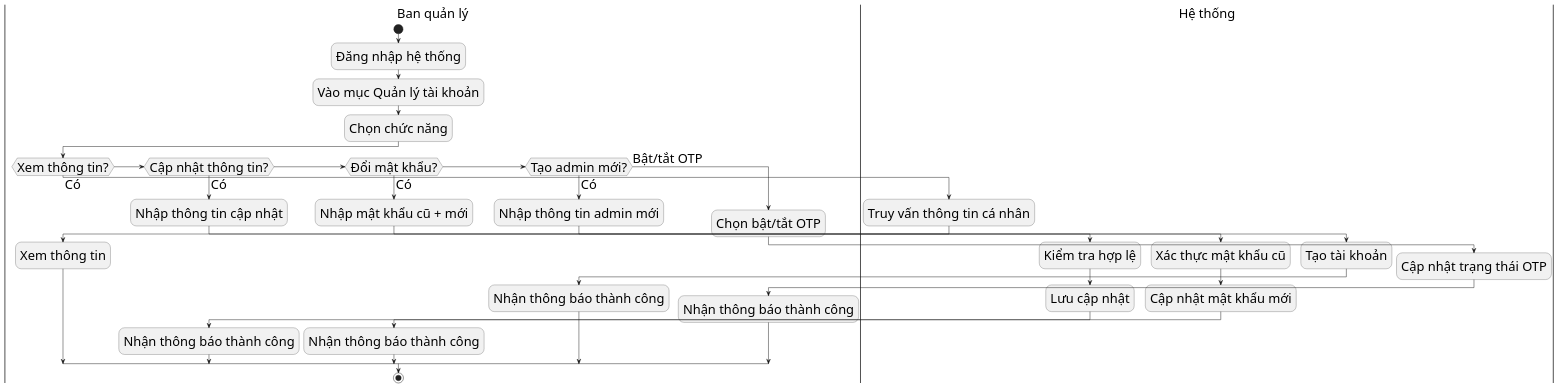
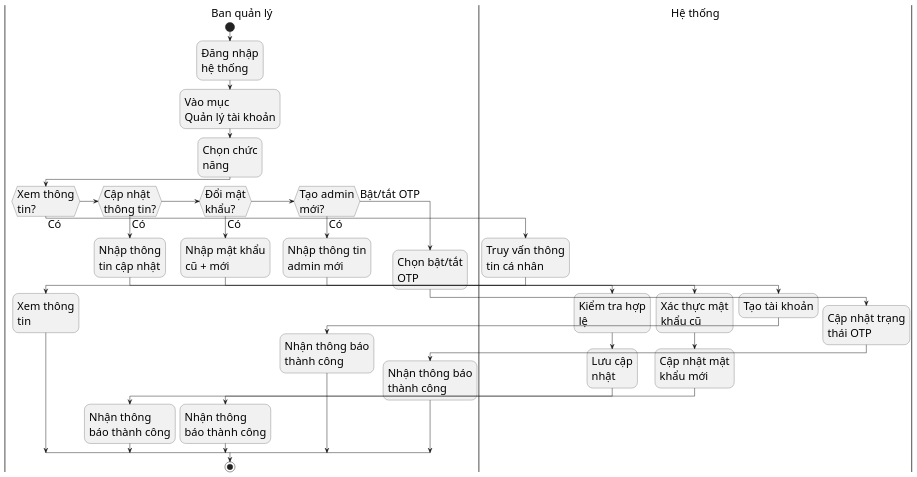
The diagram in diagrams/nhomtaikhoan/account_admin_activity.puml (s0nbuildtech287/dormitory-frontend), drawn with PlantUML before and after one commit. The commit also changed 1 other file, not shown here.

```diff
--- a/diagrams/nhomtaikhoan/account_admin_activity.puml
+++ b/diagrams/nhomtaikhoan/account_admin_activity.puml
@@ -1,46 +1,68 @@
 @startuml "Admin Account Management Activity"
-skinparam defaultFontSize 28
+skinparam defaultFontSize 24
 skinparam defaultFontName "Times New Roman"
 |Ban quản lý|
 start
-:Đăng nhập hệ thống;
-:Vào mục Quản lý tài khoản;
-:Chọn chức năng;
-if (Xem thông tin?) then (Có)
+:Đăng nhập
+hệ thống;
+:Vào mục
+Quản lý tài khoản;
+:Chọn chức
+năng;
+if (Xem thông
+tin?) then (Có)
   |Hệ thống|
-  :Truy vấn thông tin cá nhân;
+  :Truy vấn thông
+  tin cá nhân;
   |Ban quản lý|
-  :Xem thông tin;
-elseif (Cập nhật thông tin?) then (Có)
+  :Xem thông
+  tin;
+elseif (Cập nhật
+thông tin?) then (Có)
   |Ban quản lý|
-  :Nhập thông tin cập nhật;
+  :Nhập thông
+  tin cập nhật;
   |Hệ thống|
-  :Kiểm tra hợp lệ;
-  :Lưu cập nhật;
+  :Kiểm tra hợp
+  lệ;
+  :Lưu cập
+  nhật;
   |Ban quản lý|
-  :Nhận thông báo thành công;
-elseif (Đổi mật khẩu?) then (Có)
+  :Nhận thông
+  báo thành công;
+elseif (Đổi mật
+khẩu?) then (Có)
   |Ban quản lý|
-  :Nhập mật khẩu cũ + mới;
+  :Nhập mật khẩu
+  cũ + mới;
   |Hệ thống|
-  :Xác thực mật khẩu cũ;
-  :Cập nhật mật khẩu mới;
+  :Xác thực mật
+  khẩu cũ;
+  :Cập nhật mật
+  khẩu mới;
   |Ban quản lý|
-  :Nhận thông báo thành công;
-elseif (Tạo admin mới?) then (Có)
+  :Nhận thông
+  báo thành công;
+elseif (Tạo admin
+mới?) then (Có)
   |Ban quản lý|
-  :Nhập thông tin admin mới;
+  :Nhập thông tin
+  admin mới;
   |Hệ thống|
   :Tạo tài khoản;
   |Ban quản lý|
-  :Nhận thông báo thành công;
+  :Nhận thông báo
+  thành công;
 else (Bật/tắt OTP)
   |Ban quản lý|
-  :Chọn bật/tắt OTP;
+  :Chọn bật/tắt
+  OTP;
   |Hệ thống|
-  :Cập nhật trạng thái OTP;
+  :Cập nhật trạng
+  thái OTP;
   |Ban quản lý|
-  :Nhận thông báo thành công;
+  :Nhận thông báo
+  thành công;
 endif
 stop
 @enduml
```
